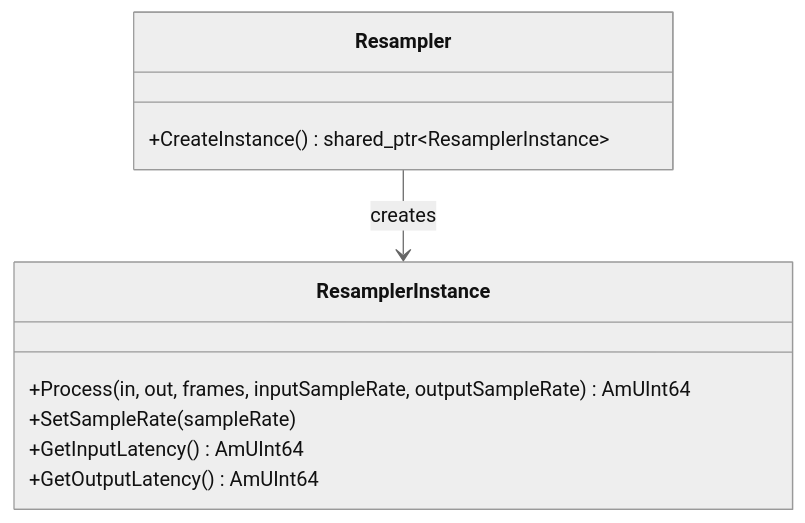
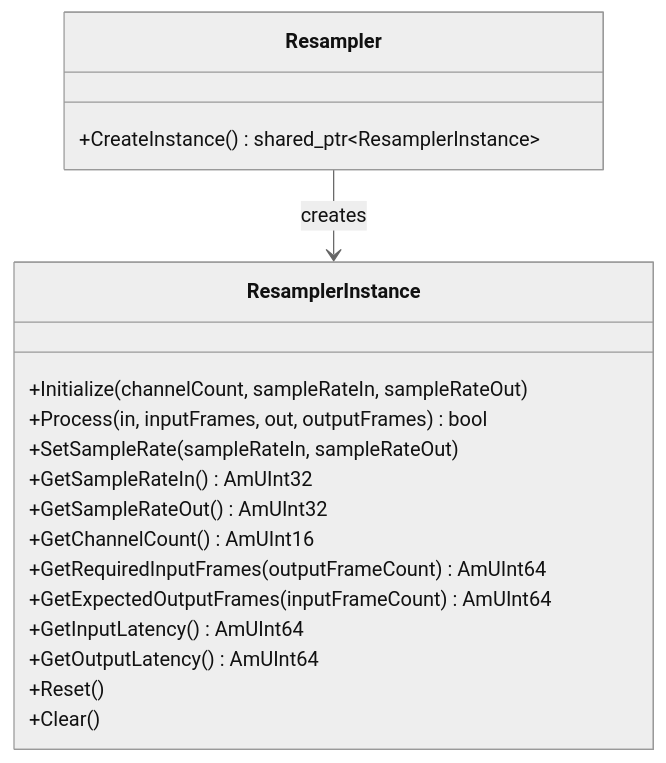
One commit to AmplitudeAudio/doc-sdk changed the diagram in docs/tutorials/custom-resampler.md. Above: the diagram before and after it, drawn with Mermaid (neutral theme). The commit also changed other lines of this file and 69 other files, not shown here.

````diff
--- a/docs/tutorials/custom-resampler.md
+++ b/docs/tutorials/custom-resampler.md
@@ -15,15 +17,23 @@
 ```mermaid
 classDiagram
     class Resampler {
         +CreateInstance() shared_ptr~ResamplerInstance~
     }
 
     class ResamplerInstance {
-        +Process(in, out, frames, inputSampleRate, outputSampleRate) AmUInt64
-        +SetSampleRate(sampleRate)
+        +Initialize(channelCount, sampleRateIn, sampleRateOut)
+        +Process(in, inputFrames, out, outputFrames) bool
+        +SetSampleRate(sampleRateIn, sampleRateOut)
+        +GetSampleRateIn() AmUInt32
+        +GetSampleRateOut() AmUInt32
+        +GetChannelCount() AmUInt16
+        +GetRequiredInputFrames(outputFrameCount) AmUInt64
+        +GetExpectedOutputFrames(inputFrameCount) AmUInt64
         +GetInputLatency() AmUInt64
         +GetOutputLatency() AmUInt64
+        +Reset()
+        +Clear()
     }
 
     Resampler --> ResamplerInstance : creates
 ```
````
